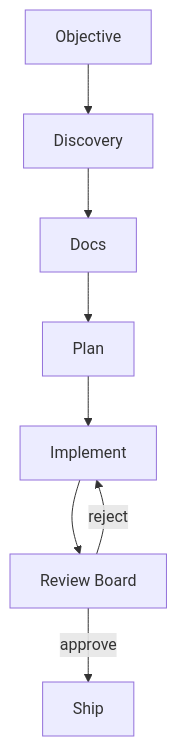
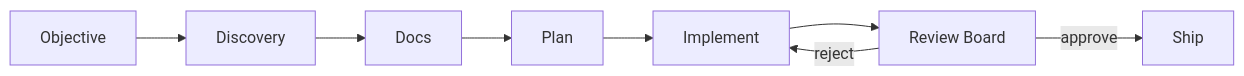
Before and after one commit to OrodruinLabs/nazgul: the diagram in README.md, drawn with Mermaid.

Commit message:
fix: convert pipeline diagram to horizontal layout

````diff
--- a/README.md
+++ b/README.md
@@ -34,10 +34,10 @@
 ```mermaid
-flowchart TD
+flowchart LR
   A["Objective"] --> B["Discovery"]
   B --> C["Docs"]
   C --> D["Plan"]
   D --> E["Implement"]
   E --> F["Review Board"]
   F -->|"approve"| G["Ship"]
   F -->|"reject"| E
 ```
````
